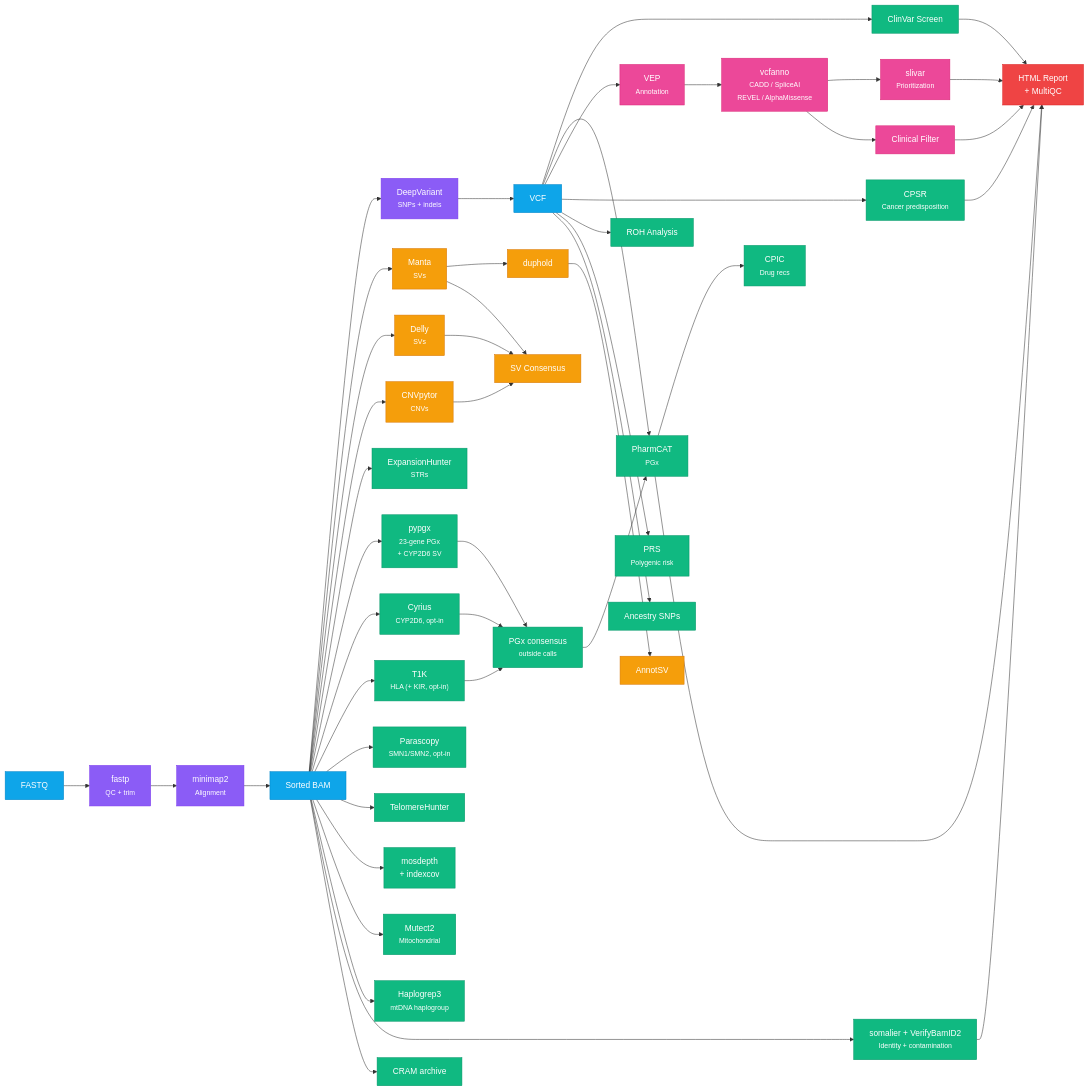
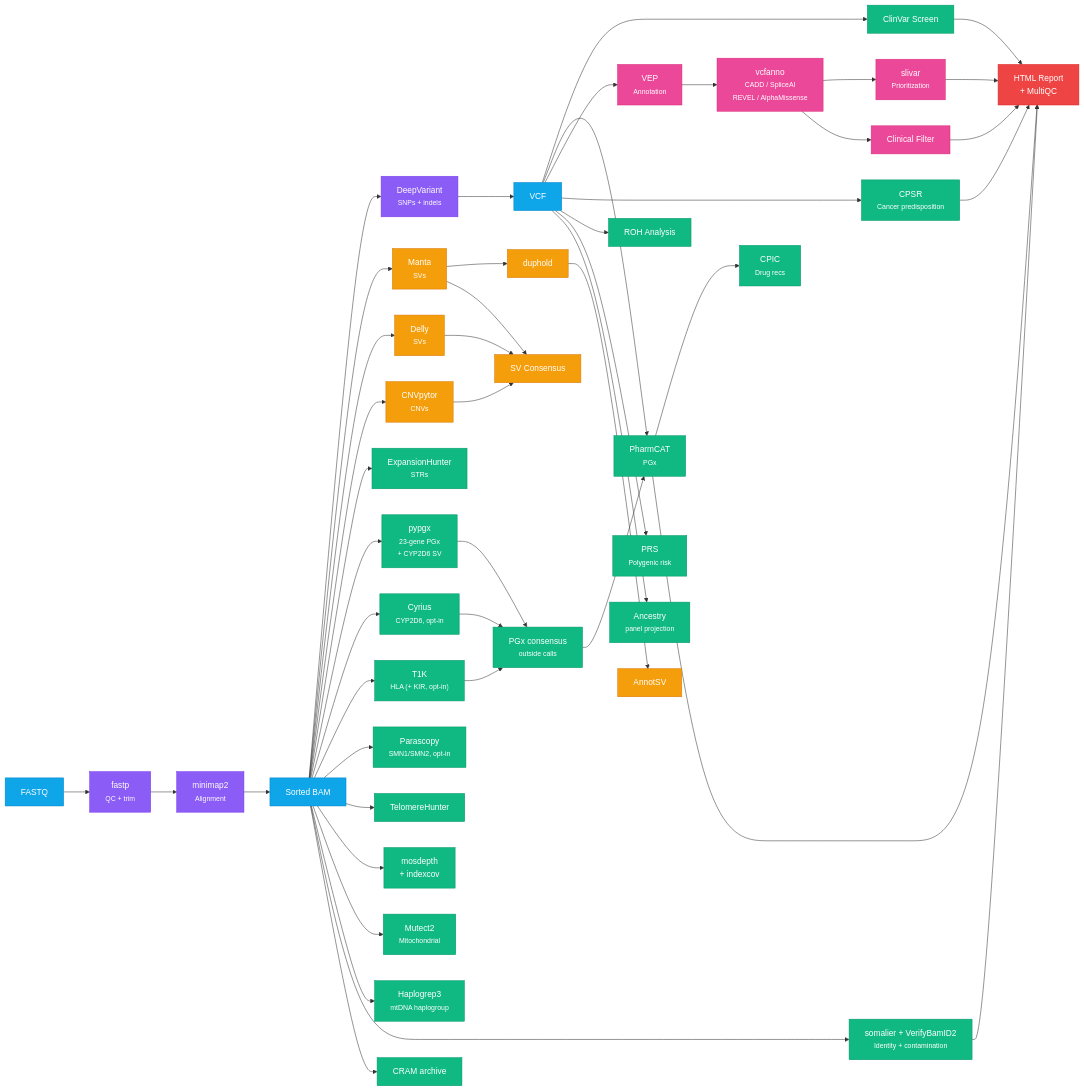
Before and after one commit to GeiserX/Personal-Genome-Pipeline: the diagram in docs/pipeline-overview.md, drawn with Mermaid. The commit also changed other lines of this file and 35 other files, not shown here.

````diff
--- a/docs/pipeline-overview.md
+++ b/docs/pipeline-overview.md
@@ -23,70 +23,70 @@
 ```mermaid
 graph LR
     FASTQ["FASTQ"] --> fastp["fastp<br/><small>QC + trim</small>"]
     fastp --> align["minimap2<br/><small>Alignment</small>"]
     align --> BAM["Sorted BAM"]
     BAM --> DV["DeepVariant<br/><small>SNPs + indels</small>"]
     DV --> VCF["VCF"]
 
     %% VCF-based analyses
     VCF --> clinvar["ClinVar Screen"]
     VCF --> pharmcat["PharmCAT<br/><small>PGx</small>"]
     pharmcat --> cpic["CPIC<br/><small>Drug recs</small>"]
     VCF --> vep["VEP<br/><small>Annotation</small>"]
     vep --> vcfanno["vcfanno<br/><small>CADD / SpliceAI<br/>REVEL / AlphaMissense</small>"]
     vcfanno --> slivar["slivar<br/><small>Prioritization</small>"]
     vcfanno --> clinical["Clinical Filter"]
     VCF --> cpsr["CPSR<br/><small>Cancer predisposition</small>"]
     VCF --> roh["ROH Analysis"]
     VCF --> prs["PRS<br/><small>Polygenic risk</small>"]
-    VCF --> ancestry["Ancestry SNPs"]
+    VCF --> ancestry["Ancestry<br/><small>panel projection</small>"]
 
     %% BAM-based analyses
     BAM --> manta["Manta<br/><small>SVs</small>"]
     BAM --> delly["Delly<br/><small>SVs</small>"]
     BAM --> cnvpytor["CNVpytor<br/><small>CNVs</small>"]
     manta --> duphold["duphold"]
     duphold --> annotsv["AnnotSV"]
     manta --> consensus["SV Consensus"]
     delly --> consensus
     cnvpytor --> consensus
 
     BAM --> eh["ExpansionHunter<br/><small>STRs</small>"]
     BAM --> pypgx["pypgx<br/><small>23-gene PGx<br/>+ CYP2D6 SV</small>"]
     BAM --> cyrius["Cyrius<br/><small>CYP2D6, opt-in</small>"]
     BAM --> hla["T1K<br/><small>HLA (+ KIR, opt-in)</small>"]
     BAM --> paralogs["Parascopy<br/><small>SMN1/SMN2, opt-in</small>"]
     hla --> consensus36["PGx consensus<br/><small>outside calls</small>"]
     pypgx --> consensus36
     cyrius --> consensus36
     consensus36 --> pharmcat
     BAM --> telomere["TelomereHunter"]
     BAM --> coverage["mosdepth<br/>+ indexcov"]
     BAM --> mito["Mutect2<br/><small>Mitochondrial</small>"]
     BAM --> haplo["Haplogrep3<br/><small>mtDNA haplogroup</small>"]
     BAM --> sampleqc["somalier + VerifyBamID2<br/><small>Identity + contamination</small>"]
     BAM --> cram["CRAM archive"]
 
     %% Reporting
     clinical --> report["HTML Report<br/>+ MultiQC"]
     slivar --> report
     clinvar --> report
     pharmcat --> report
     cpsr --> report
     sampleqc --> report
 
     %% Styling
     classDef input fill:#0ea5e9,stroke:#0284c7,color:#fff
     classDef core fill:#8b5cf6,stroke:#7c3aed,color:#fff
     classDef analysis fill:#10b981,stroke:#059669,color:#fff
     classDef sv fill:#f59e0b,stroke:#d97706,color:#fff
     classDef annotation fill:#ec4899,stroke:#db2777,color:#fff
     classDef report fill:#ef4444,stroke:#dc2626,color:#fff
 
     class FASTQ,BAM,VCF input
     class fastp,align,DV core
     class clinvar,pharmcat,cpic,cpsr,eh,roh,prs,ancestry,pypgx,cyrius,hla,paralogs,consensus36,telomere,coverage,mito,haplo,sampleqc,cram analysis
     class manta,delly,cnvpytor,consensus,duphold,annotsv sv
     class vep,vcfanno,slivar,clinical annotation
     class report report
 ```
````
